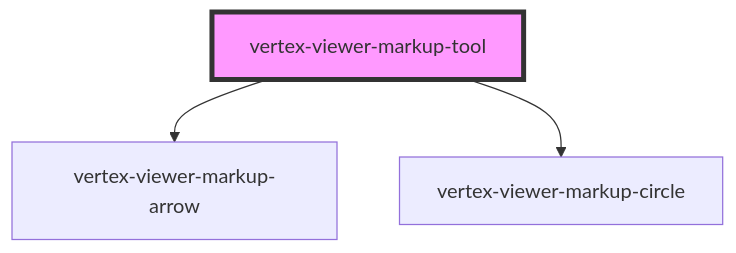
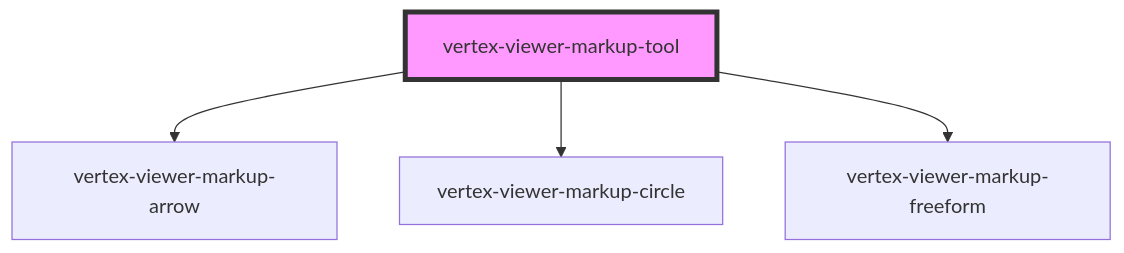
Before and after one commit to Vertexvis/vertex-web-sdk: the diagram in packages/viewer/src/components/viewer-markup-tool/readme.md, drawn with Mermaid. The commit also changed other lines of this file and 6 other files, not shown here.

````diff
--- a/packages/viewer/src/components/viewer-markup-tool/readme.md
+++ b/packages/viewer/src/components/viewer-markup-tool/readme.md
@@ -36,6 +38,7 @@
 ```mermaid
 graph TD;
   vertex-viewer-markup-tool --> vertex-viewer-markup-arrow
   vertex-viewer-markup-tool --> vertex-viewer-markup-circle
+  vertex-viewer-markup-tool --> vertex-viewer-markup-freeform
   style vertex-viewer-markup-tool fill:#f9f,stroke:#333,stroke-width:4px
 ```
````
